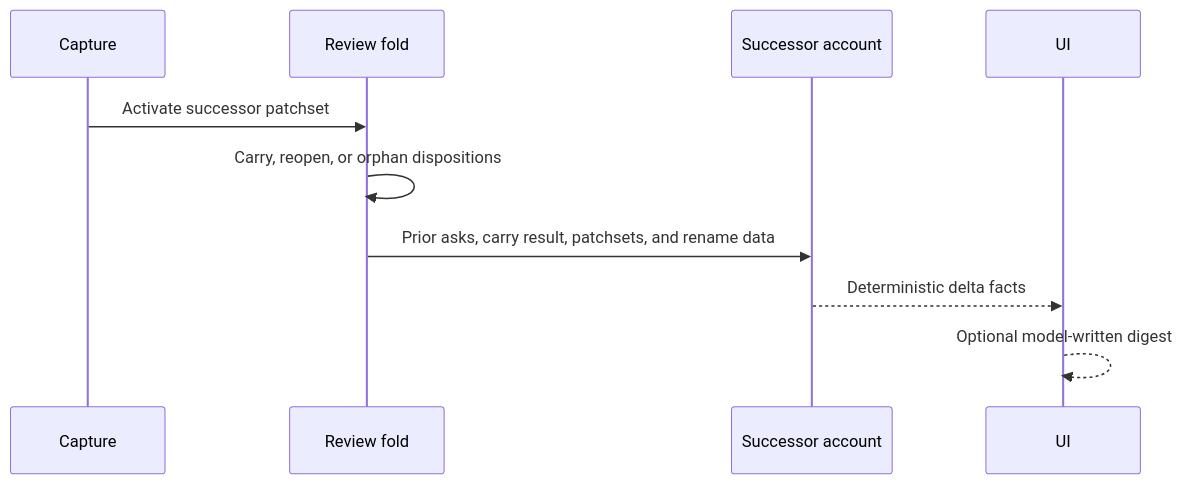
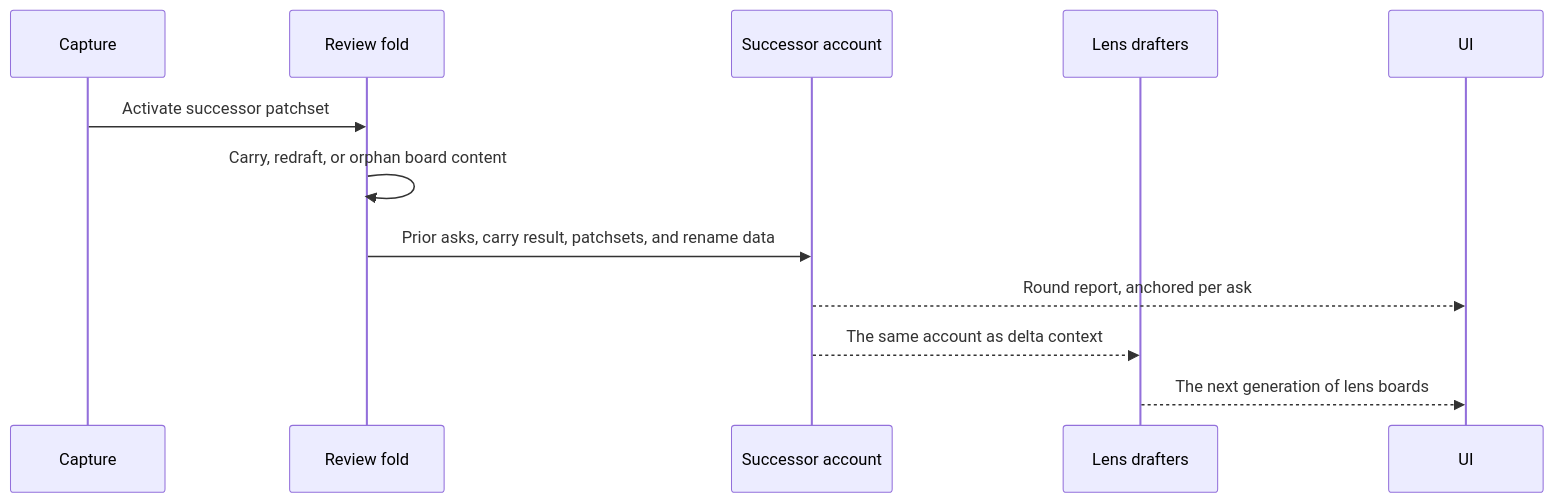
One commit to rbutera/Rennet changed the third of 3 diagrams in docs/developing/concepts/delta-rereview-and-lineage.md. Above: the diagram before and after it, drawn with Mermaid. The commit also changed other lines of this file and 28 other files, not shown here.

````diff
--- a/docs/developing/concepts/delta-rereview-and-lineage.md
+++ b/docs/developing/concepts/delta-rereview-and-lineage.md
@@ -106,13 +135,15 @@
 ```mermaid
 sequenceDiagram
   participant Capture
   participant Fold as Review fold
   participant Account as Successor account
+  participant Drafters as Lens drafters
   participant UI
 
   Capture->>Fold: Activate successor patchset
-  Fold->>Fold: Carry, reopen, or orphan dispositions
+  Fold->>Fold: Carry, redraft, or orphan board content
   Fold->>Account: Prior asks, carry result, patchsets, and rename data
-  Account-->>UI: Deterministic delta facts
-  UI-->>UI: Optional model-written digest
+  Account-->>UI: Round report, anchored per ask
+  Account-->>Drafters: The same account as delta context
+  Drafters-->>UI: The next generation of lens boards
 ```
````
